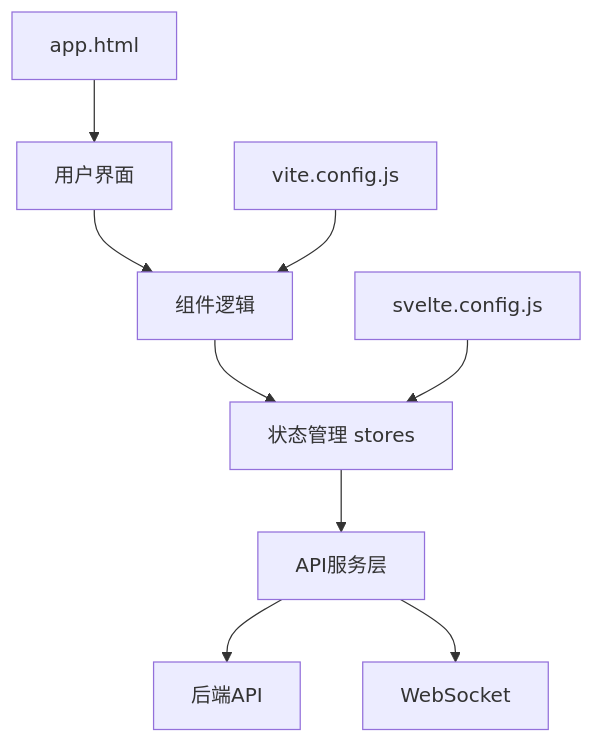
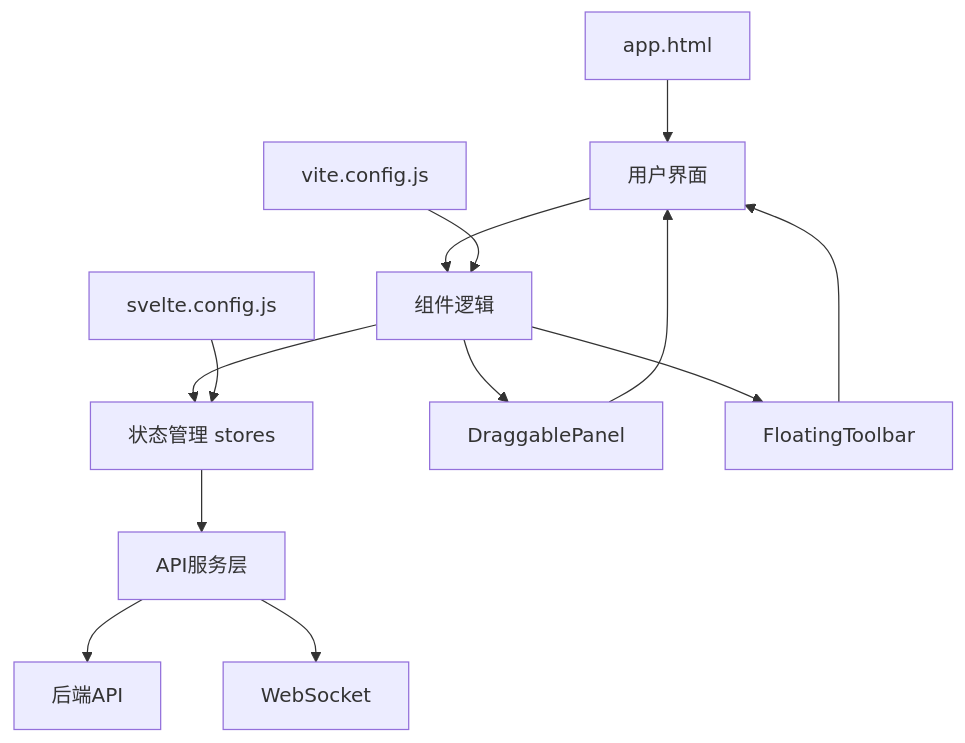
The second of 9 diagrams in .qoder/repowiki/zh/content/前端架构/前端组件架构/前端组件架构.md (yjydmlh/turtle), drawn with Mermaid before and after one commit. The commit also changed other lines of this file and 21 other files, not shown here.

````diff
--- a/.qoder/repowiki/zh/content/前端架构/前端组件架构/前端组件架构.md
+++ b/.qoder/repowiki/zh/content/前端架构/前端组件架构/前端组件架构.md
@@ -68,11 +86,15 @@
 ```mermaid
 graph TD
 A[用户界面] --> B[组件逻辑]
 B --> C[状态管理 stores]
 C --> D[API服务层]
 D --> E[后端API]
 D --> F[WebSocket]
 G[app.html] --> A
 H[vite.config.js] --> B
 I[svelte.config.js] --> C
+J[DraggablePanel] --> A
+K[FloatingToolbar] --> A
+B --> J
+B --> K
 ```
````
